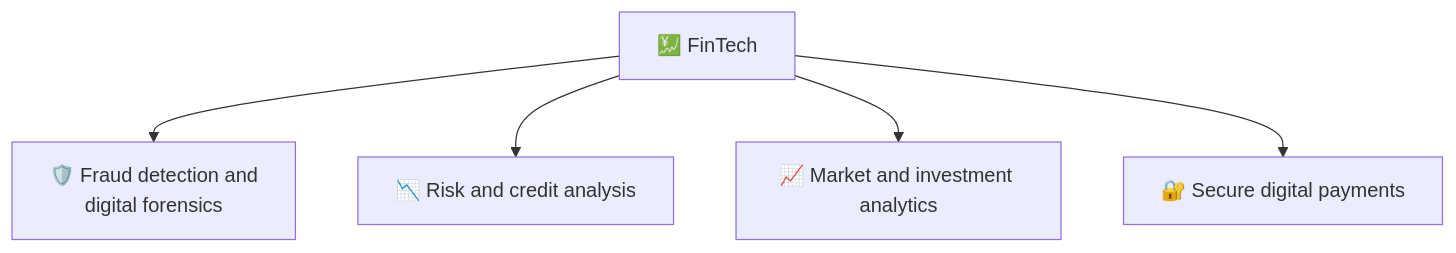
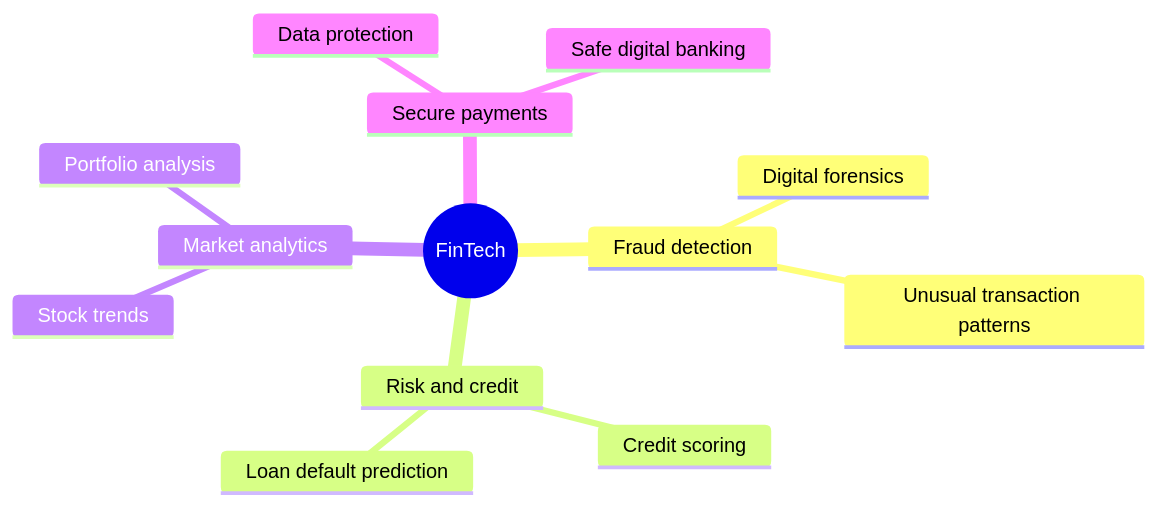
One commit to maglin997/maglin997 changed the second of 2 diagrams in README.md. Above: the diagram before and after it, drawn with Mermaid. The commit also changed other lines of this file, not shown here.

````diff
--- a/README.md
+++ b/README.md
@@ -64,8 +71,16 @@
 ```mermaid
-flowchart TD
-    C["💹 FinTech"]
-    C --> A["🛡️ Fraud detection and<br/>digital forensics"]
-    C --> B["📉 Risk and credit analysis"]
-    C --> D["📈 Market and investment analytics"]
-    C --> E["🔐 Secure digital payments"]
+mindmap
+  root((FinTech))
+    Fraud detection
+      Digital forensics
+      Unusual transaction patterns
+    Risk and credit
+      Credit scoring
+      Loan default prediction
+    Market analytics
+      Stock trends
+      Portfolio analysis
+    Secure payments
+      Data protection
+      Safe digital banking
 ```
````
